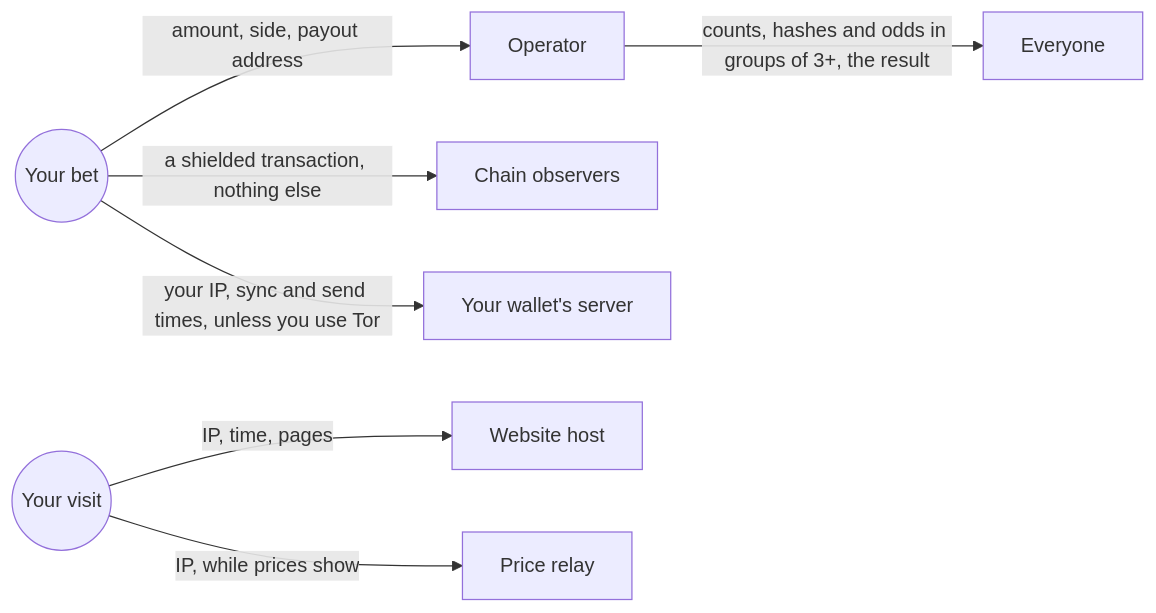
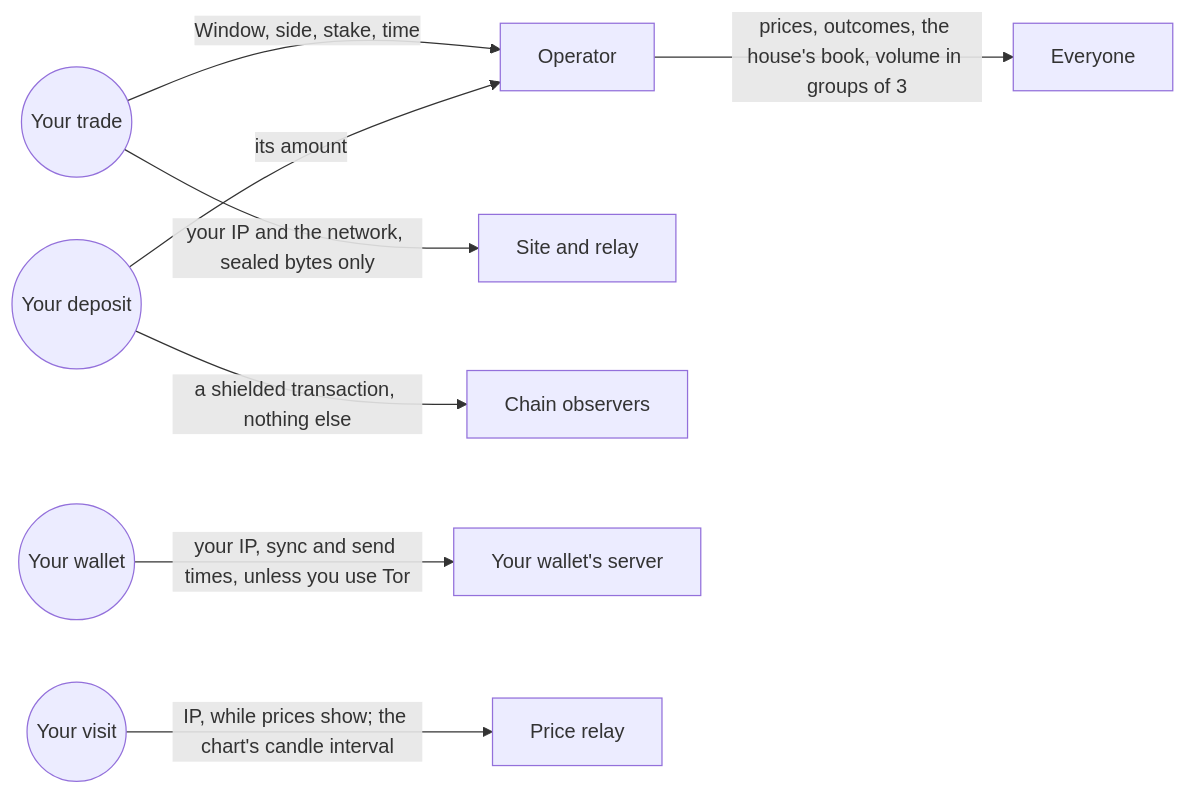
One commit to Blockchain-Oracle/kakure changed the fourth of 4 diagrams in apps/docs/content/docs/system-maps.mdx. Above: the diagram before and after it, drawn with Mermaid. The commit also changed other lines of this file and 15 other files, not shown here.

````diff
--- a/apps/docs/content/docs/system-maps.mdx
+++ b/apps/docs/content/docs/system-maps.mdx
@@ -70,10 +77,10 @@
 ```mermaid
 flowchart LR
-  bet((Your bet))
-  bet -->|"amount, side, payout address"| op[Operator]
-  bet -->|"a shielded transaction, nothing else"| chain[Chain observers]
-  bet -->|"your IP, sync and send times, unless you use Tor"| wallet[Your wallet's server]
-  visit((Your visit)) -->|"IP, time, pages"| host[Website host]
-  visit -->|"IP, while prices show"| relay[Price relay]
-  op -->|"counts, hashes and odds in groups of 3+, the result"| public[Everyone]
+  trade((Your trade)) -->|"Window, side, stake, time"| op[Operator]
+  trade -->|"your IP and the network, sealed bytes only"| relay[Site and relay]
+  deposit((Your deposit)) -->|"a shielded transaction, nothing else"| chain[Chain observers]
+  deposit -->|"its amount"| op
+  wallet((Your wallet)) -->|"your IP, sync and send times, unless you use Tor"| server[Your wallet's server]
+  visit((Your visit)) -->|"IP, while prices show; the chart's candle interval"| prices[Price relay]
+  op -->|"prices, outcomes, the house's book, volume in groups of 3"| public[Everyone]
 ```
````
